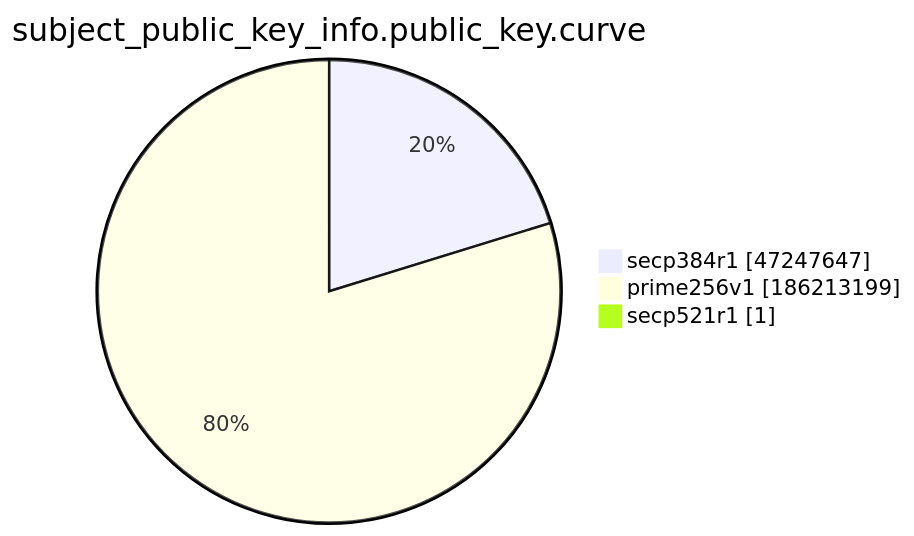
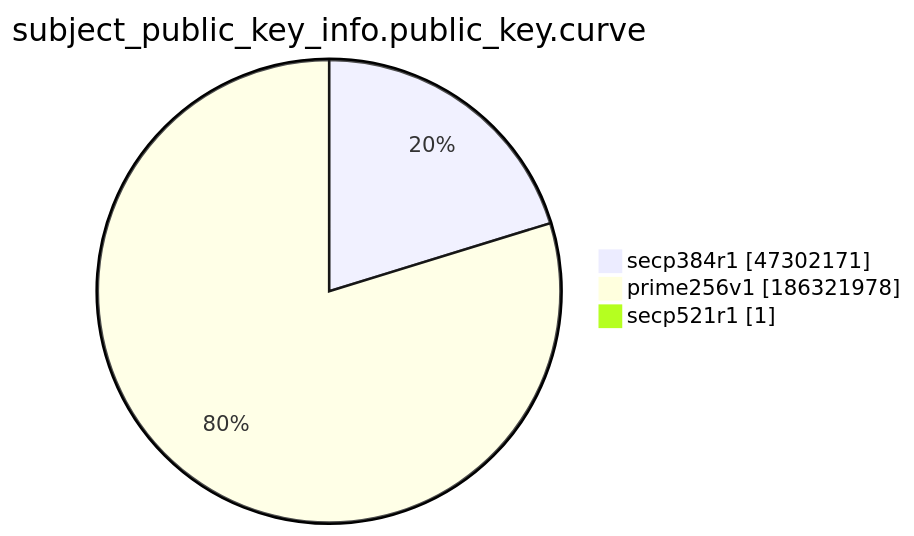
Before and after one commit to christiankrug/ctmonitor_visualization: the ninth of 15 diagrams in xenon2022/README.md, drawn with Mermaid. The commit also changed other lines of this file, not shown here.

````diff
--- a/xenon2022/README.md
+++ b/xenon2022/README.md
@@ -2874,7 +2874,7 @@
 ```mermaid
 pie showData
 title subject_public_key_info.public_key.curve
-"secp384r1" :47247647
-"prime256v1" :186213199
+"secp384r1" :47302171
+"prime256v1" :186321978
 "secp521r1" :1
 ```
````
